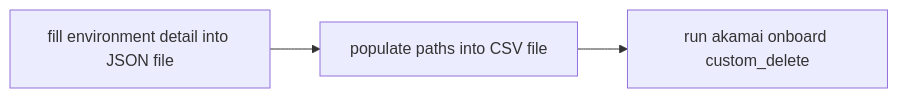
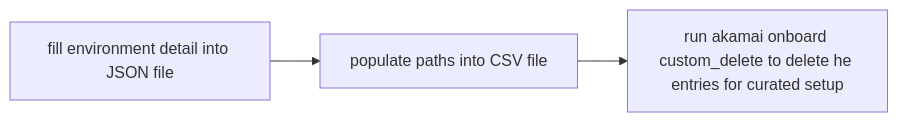
Before and after one commit to pwongcha/cli-onboard-custom-solutions: the second of 2 diagrams in README.md, drawn with Mermaid.

Commit message:
Changes done to Readme

````diff
--- a/README.md
+++ b/README.md
@@ -600,5 +600,5 @@
 ```mermaid
 flowchart LR
     A[fill environment detail into JSON file] --> B[populate paths into CSV file]
-    B-->C[run akamai onboard custom_delete]
+    B-->C[run akamai onboard custom_delete to delete he entries for curated setup]
 ```
````
